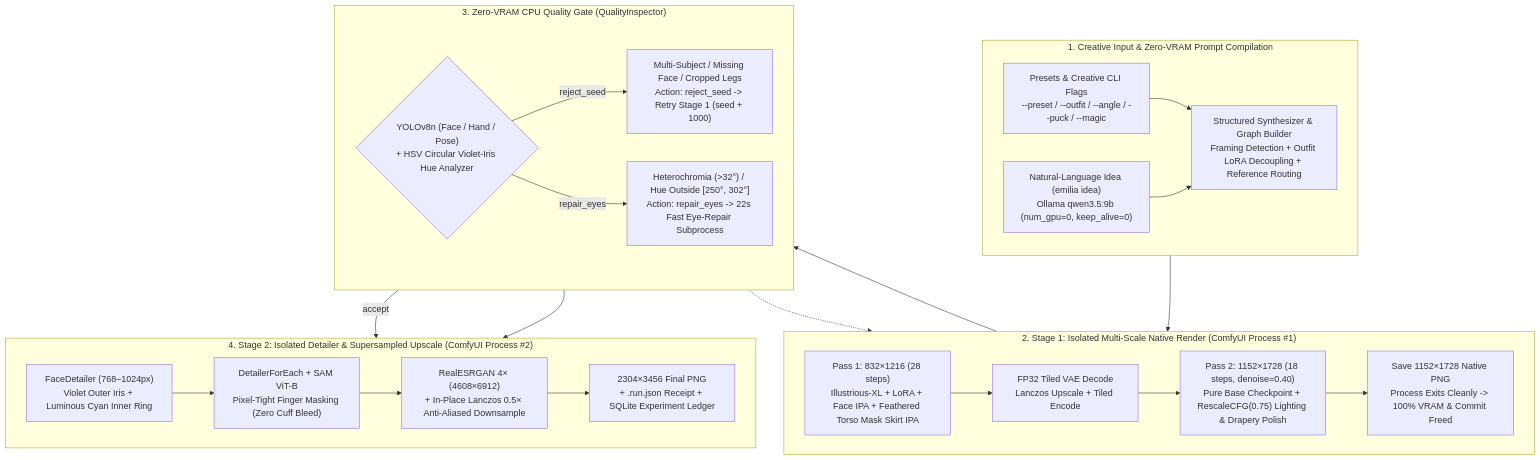
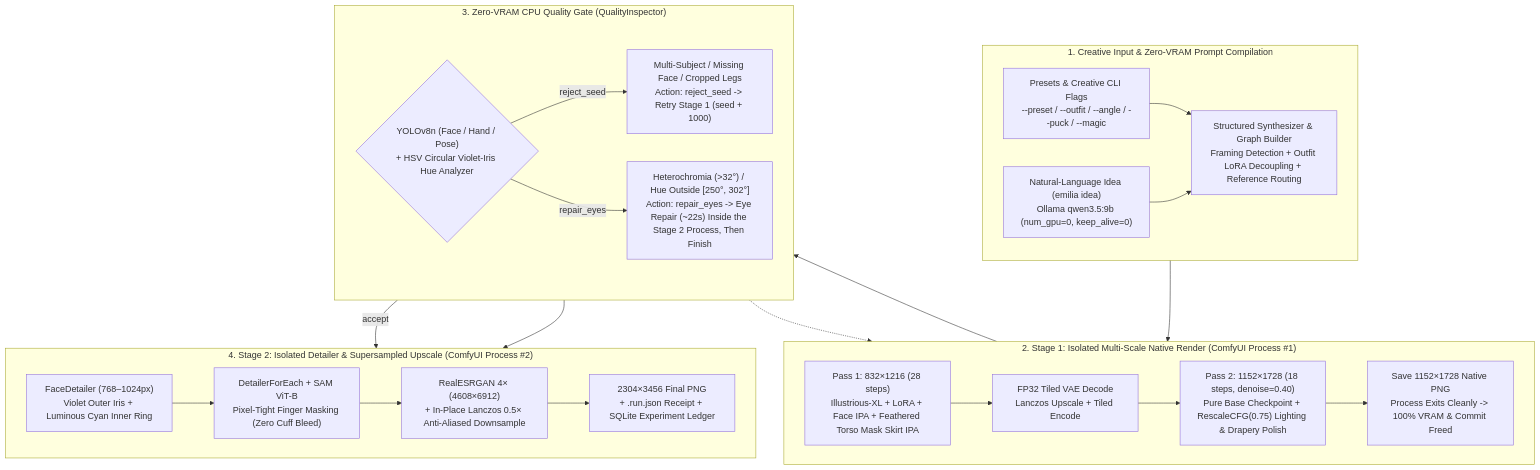
The first of 2 diagrams in README.en.md (just1cez/emilia_studio), drawn with Mermaid before and after one commit. The commit also changed other lines of this file and 4 other files, not shown here.

````diff
--- a/README.en.md
+++ b/README.en.md
@@ -25,43 +25,43 @@
 ```mermaid
 flowchart TB
     subgraph L1["1. Creative Input & Zero-VRAM Prompt Compilation"]
         direction LR
         IN1["Presets & Creative CLI Flags<br/>--preset / --outfit / --angle / --puck / --magic"]
         IN2["Natural-Language Idea (emilia idea)<br/>Ollama qwen3.5:9b (num_gpu=0, keep_alive=0)"]
         COMP["Structured Synthesizer & Graph Builder<br/>Framing Detection + Outfit LoRA Decoupling + Reference Routing"]
         IN1 & IN2 --> COMP
     end
 
     subgraph L2["2. Stage 1: Isolated Multi-Scale Native Render (ComfyUI Process #1)"]
         direction LR
         P1["Pass 1: 832×1216 (28 steps)<br/>Illustrious-XL + LoRA + Face IPA + Feathered Torso Mask Skirt IPA"]
         BR["FP32 Tiled VAE Decode<br/>Lanczos Upscale + Tiled Encode"]
         P2["Pass 2: 1152×1728 (18 steps, denoise=0.40)<br/>Pure Base Checkpoint + RescaleCFG(0.75) Lighting & Drapery Polish"]
         EXIT1["Save 1152×1728 Native PNG<br/>Process Exits Cleanly -> 100% VRAM & Commit Freed"]
         P1 --> BR --> P2 --> EXIT1
     end
 
     subgraph L3["3. Zero-VRAM CPU Quality Gate (QualityInspector)"]
         direction LR
         GATE{"YOLOv8n (Face / Hand / Pose)<br/>+ HSV Circular Violet-Iris Hue Analyzer"}
         REJ["Multi-Subject / Missing Face / Cropped Legs<br/>Action: reject_seed -> Retry Stage 1 (seed + 1000)"]
-        EYE["Heterochromia (>32°) / Hue Outside [250°, 302°]<br/>Action: repair_eyes -> 22s Fast Eye-Repair Subprocess"]
+        EYE["Heterochromia (>32°) / Hue Outside [250°, 302°]<br/>Action: repair_eyes -> Eye Repair (~22s) Inside the Stage 2 Process, Then Finish"]
         GATE -- "reject_seed" --> REJ
         GATE -- "repair_eyes" --> EYE
     end
 
     subgraph L4["4. Stage 2: Isolated Detailer & Supersampled Upscale (ComfyUI Process #2)"]
         direction LR
         FD["FaceDetailer (768–1024px)<br/>Violet Outer Iris + Luminous Cyan Inner Ring"]
         HD["DetailerForEach + SAM ViT-B<br/>Pixel-Tight Finger Masking (Zero Cuff Bleed)"]
         UP["RealESRGAN 4× (4608×6912)<br/>+ In-Place Lanczos 0.5× Anti-Aliased Downsample"]
         OUT["2304×3456 Final PNG<br/>+ .run.json Receipt + SQLite Experiment Ledger"]
         FD --> HD --> UP --> OUT
     end
 
     COMP --> P1
     EXIT1 --> GATE
     REJ -.-> P1
     GATE -- "accept" --> FD
     EYE --> FD
 ```
````
